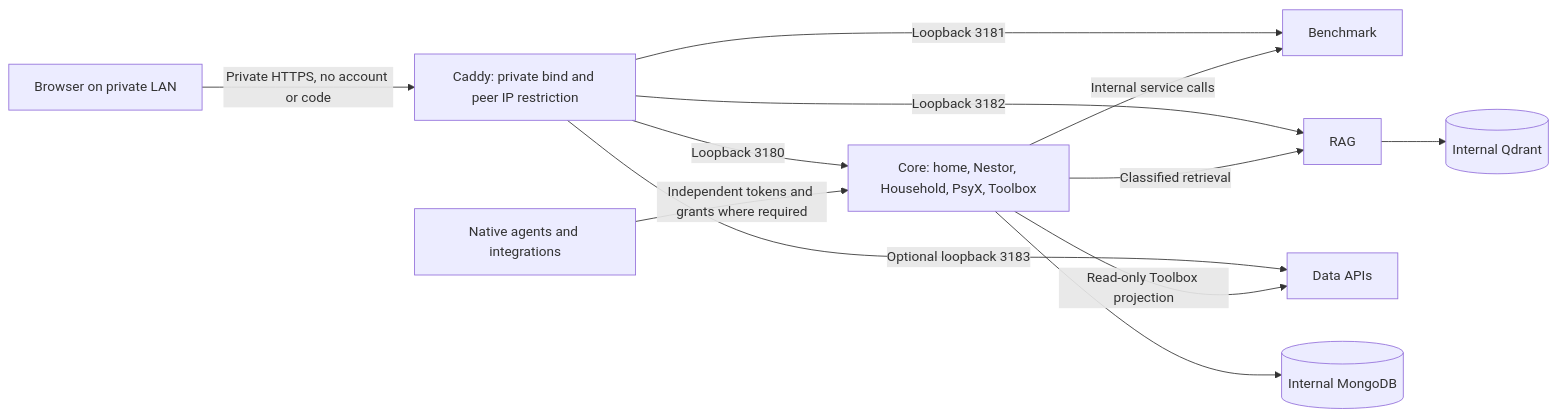
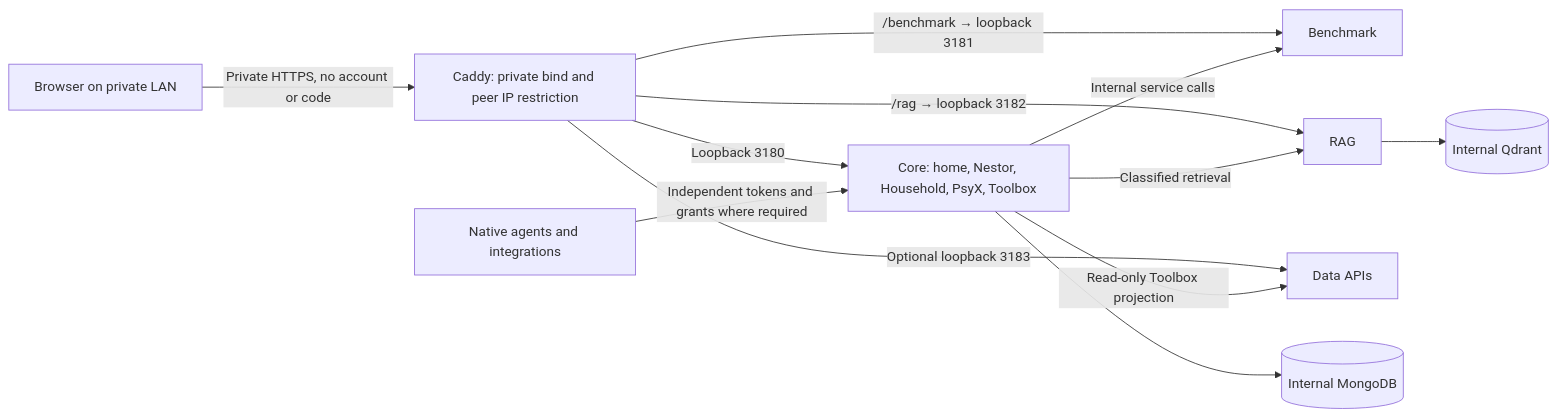
One commit to WindriderQc/AgentX changed the diagram in docs/PARENTAL_ACCESS.md. Above: the diagram before and after it, drawn with Mermaid. The commit also changed other lines of this file and 90 other files, not shown here.

First line of the commit message:
Serve Benchmark and RAG under /benchmark and /rag on one address

````diff
--- a/docs/PARENTAL_ACCESS.md
+++ b/docs/PARENTAL_ACCESS.md
@@ -15,14 +15,14 @@
 ```mermaid
 flowchart LR
     Human[Browser on private LAN] -->|Private HTTPS, no account or code| Gateway[Caddy: private bind and peer IP restriction]
     Gateway -->|Loopback 3180| Core[Core: home, Nestor, Household, PsyX, Toolbox]
-    Gateway -->|Loopback 3181| Benchmark[Benchmark]
-    Gateway -->|Loopback 3182| RAG[RAG]
+    Gateway -->|"/benchmark → loopback 3181"| Benchmark[Benchmark]
+    Gateway -->|"/rag → loopback 3182"| RAG[RAG]
     Gateway -->|Optional loopback 3183| Data[Data APIs]
     Core -->|Internal service calls| Benchmark
     Core -->|Classified retrieval| RAG
     Core -->|Read-only Toolbox projection| Data
     Native[Native agents and integrations] -->|Independent tokens and grants where required| Core
     Core --> Mongo[(Internal MongoDB)]
     RAG --> Qdrant[(Internal Qdrant)]
 ```
````
